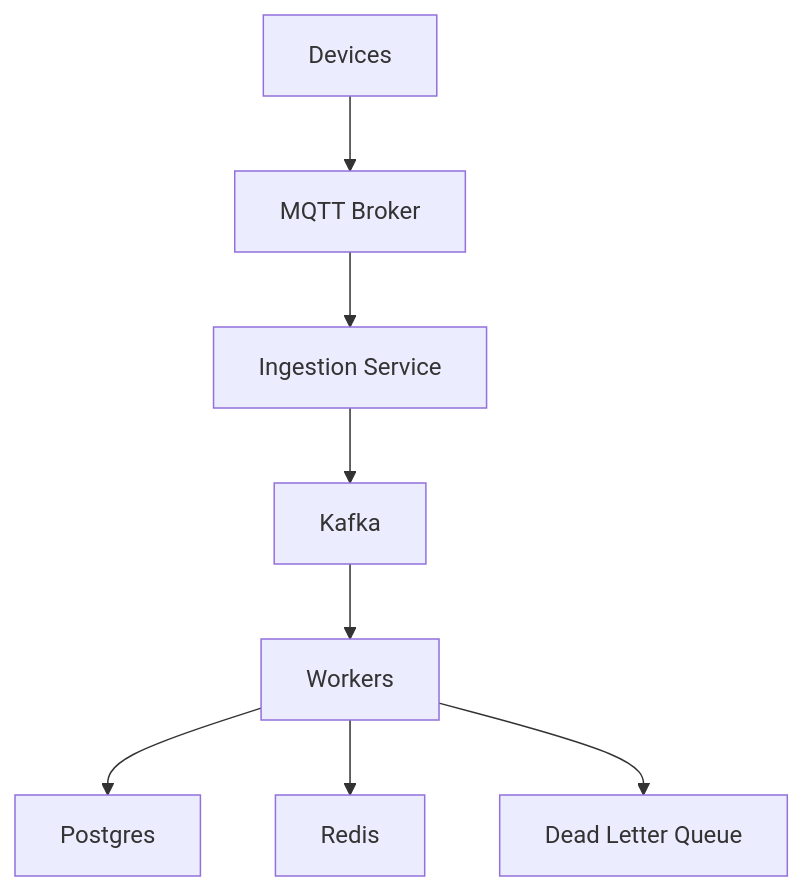
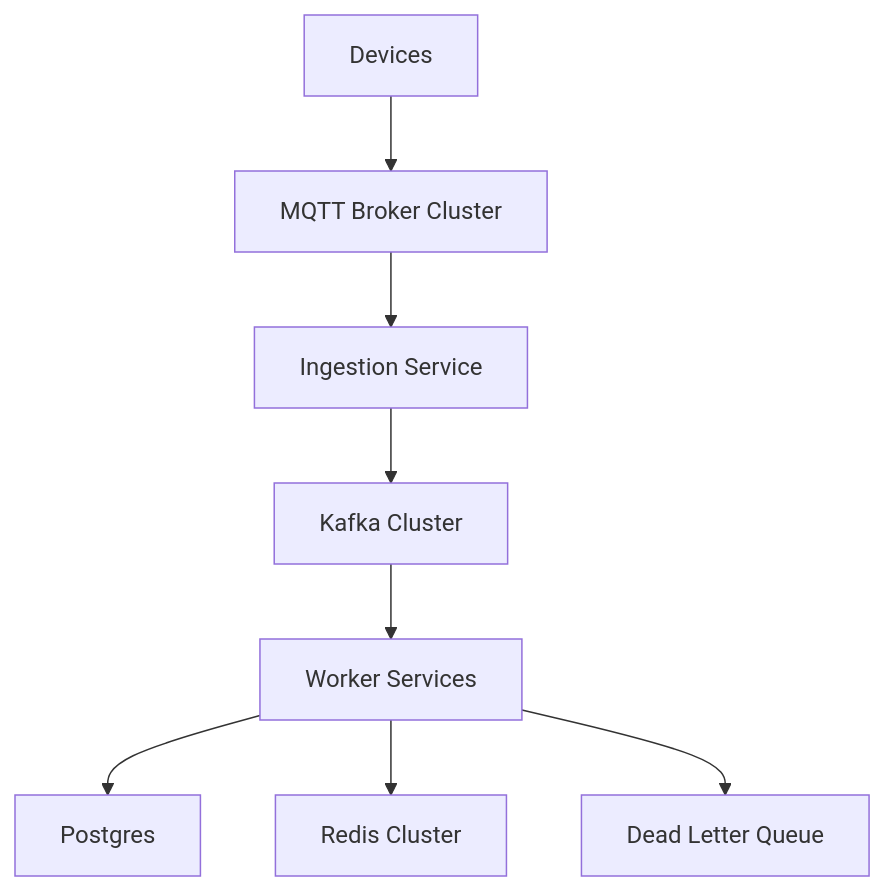
One commit to umeshror/iotflow-distributed-system changed the first of 3 diagrams in README.md. Above: the diagram before and after it, drawn with Mermaid. The commit also changed other lines of this file, not shown here.

````diff
--- a/README.md
+++ b/README.md
@@ -32,10 +33,10 @@
-```mermaid
+```mermaid id="p8f0cl"
 graph TD
-    A[Devices] --> B[MQTT Broker]
+    A[Devices] --> B[MQTT Broker Cluster]
     B --> C[Ingestion Service]
-    C --> D[Kafka]
-    D --> E[Workers]
+    C --> D[Kafka Cluster]
+    D --> E[Worker Services]
     E --> F[Postgres]
-    E --> G[Redis]
+    E --> G[Redis Cluster]
     E --> H[Dead Letter Queue]
 ```
````
